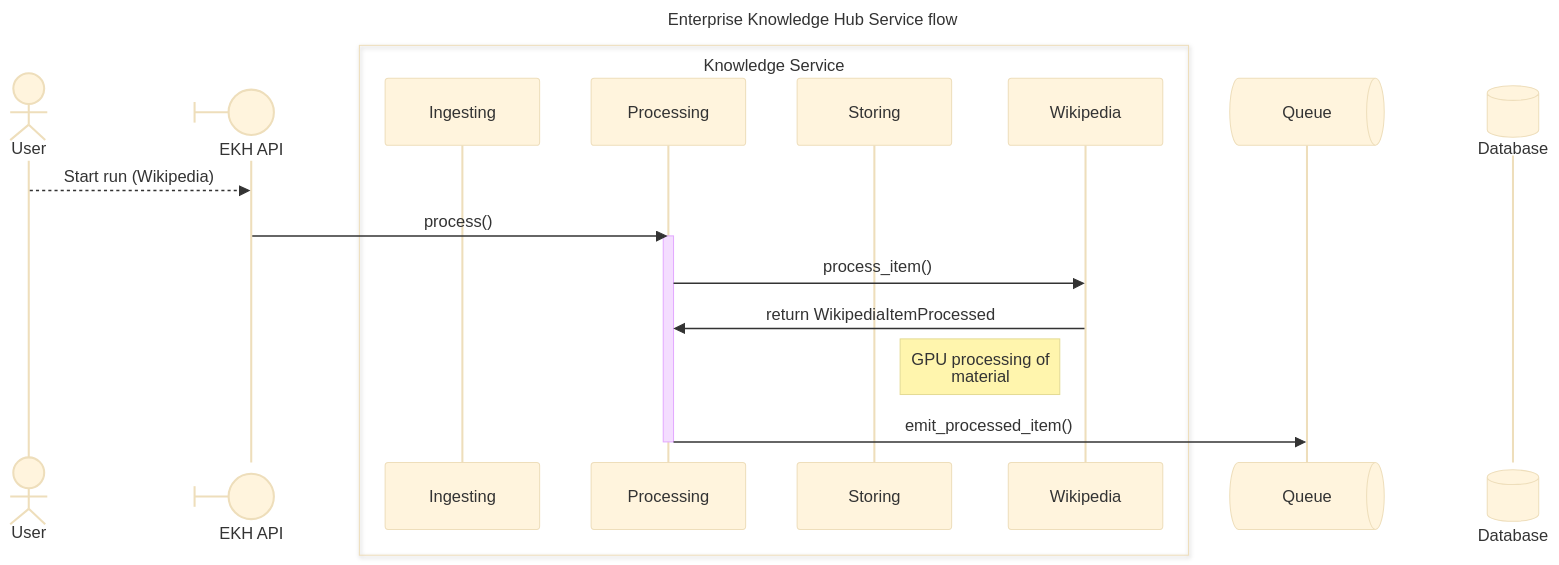
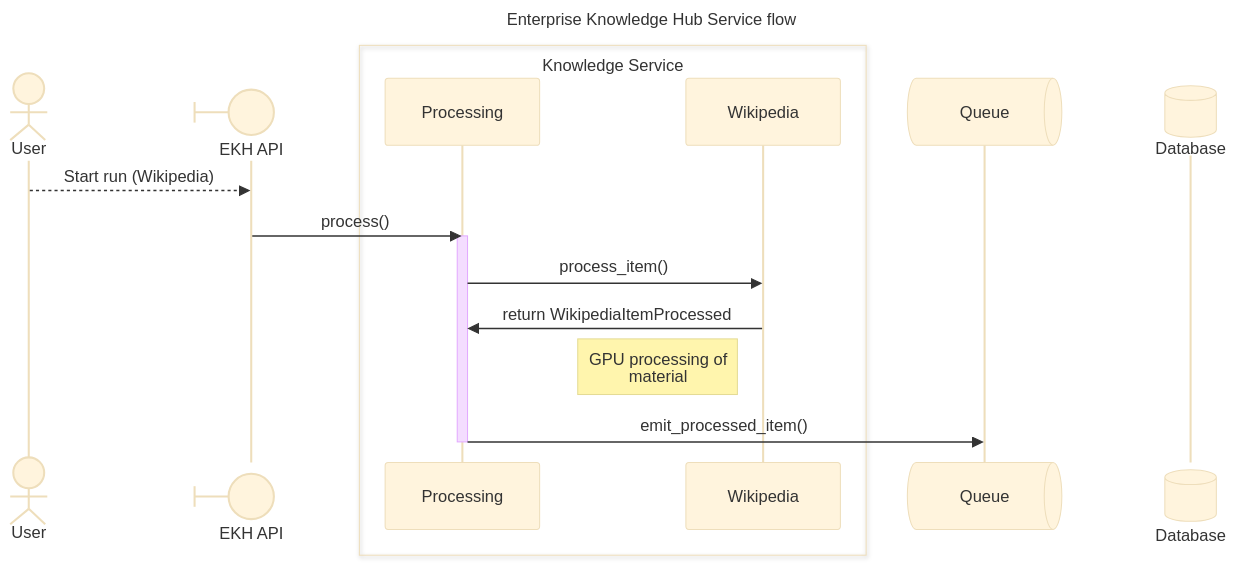
Before and after one commit to ssc-dsai/enterprise-knowledge-hub: the second of 3 diagrams in docs/mermaid-diagram.md, drawn with Mermaid (base theme). The commit also changed other lines of this file, not shown here.

````diff
--- a/docs/mermaid-diagram.md
+++ b/docs/mermaid-diagram.md
@@ -55,28 +53,26 @@
 ```mermaid
 ---
 title: Enterprise Knowledge Hub Service flow
 ---
 sequenceDiagram
     actor u as User
     participant API@{ "type": "boundary" } as EKH API
     u-->>API: Start run (Wikipedia)
 
     box Knowledge Service
-    participant ingest as Ingesting
     participant process as Processing
-    participant store as Storing
     participant impl as Wikipedia
     end
 
     participant queue@{ "type" : "queue" } as Queue
 
     participant db@{ "type": "database" } as Database
 
     API->>process: process()
     activate process
     process->>impl: process_item()
     impl->>process: return WikipediaItemProcessed
     Note left of impl: GPU processing of<br/>material
     process->>queue: emit_processed_item()
     deactivate process
 ```
````
